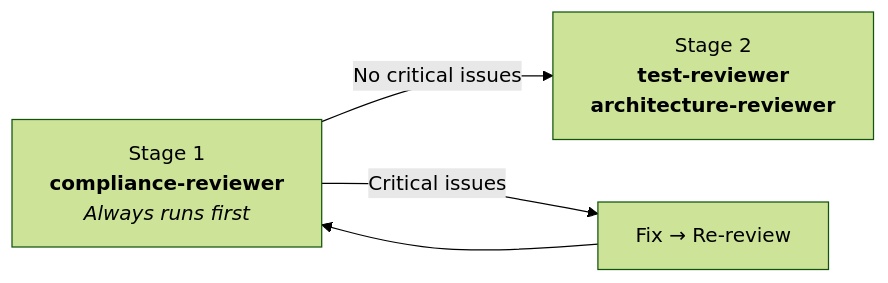
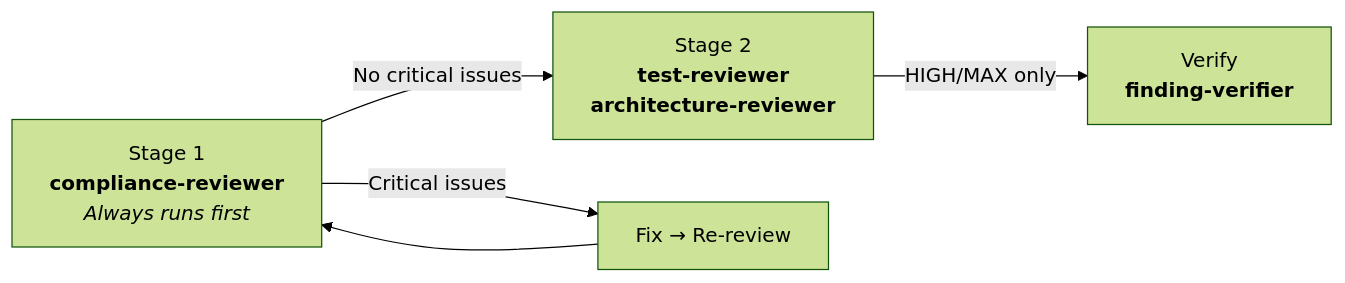
Before and after one commit to moberghr/mtk-agent-toolkit: the second of 2 diagrams in docs/agent-routing-guide.md, drawn with Mermaid (forest theme). The commit also changed 20 other files, not shown here.

````diff
--- a/docs/agent-routing-guide.md
+++ b/docs/agent-routing-guide.md
@@ -79,7 +79,8 @@
 ```mermaid
 flowchart LR
     S1["Stage 1<br/><b>compliance-reviewer</b><br/><i>Always runs first</i>"]
     S1 -- "No critical issues" --> S2["Stage 2<br/><b>test-reviewer</b><br/><b>architecture-reviewer</b>"]
+    S2 -- "HIGH/MAX only" --> V["Verify<br/><b>finding-verifier</b>"]
     S1 -- "Critical issues" --> FIX["Fix → Re-review"]
     FIX --> S1
 ```
````
